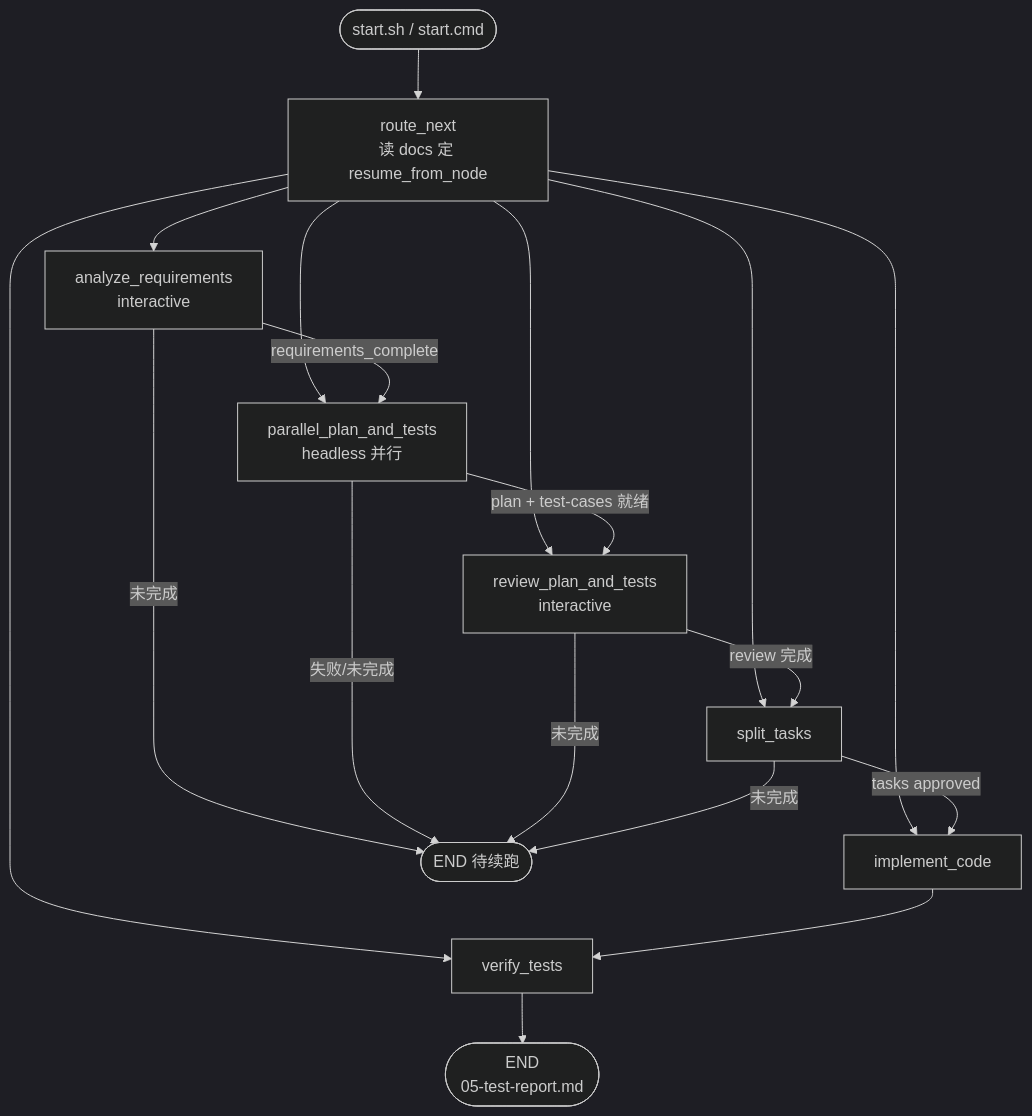
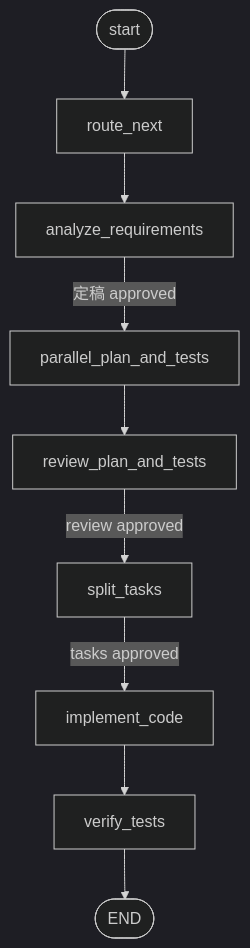
One commit to BeyondNothing/ai4se-sdd-loop-workflow changed the diagram in README.md. Above: the diagram before and after it, drawn with Mermaid (dark theme). The commit also changed other lines of this file and 27 other files, not shown here.

````diff
--- a/README.md
+++ b/README.md
@@ -210,25 +99,11 @@
 ```mermaid
 flowchart TD
-    START([start.sh / start.cmd]) --> ROUTE[route_next<br/>读 docs 定 resume_from_node]
-    ROUTE --> A[analyze_requirements<br/>interactive]
-    ROUTE --> P[parallel_plan_and_tests<br/>headless 并行]
-    ROUTE --> R[review_plan_and_tests<br/>interactive]
-    ROUTE --> T[split_tasks]
-    ROUTE --> I[implement_code]
-    ROUTE --> V[verify_tests]
-
-    A -->|requirements_complete| P
-    A -->|未完成| PAUSE([END 待续跑])
-
-    P -->|plan + test-cases 就绪| R
-    P -->|失败/未完成| PAUSE
-
-    R -->|review 完成| T
-    R -->|未完成| PAUSE
-
-    T -->|tasks approved| I
-    T -->|未完成| PAUSE
-
-    I --> V
-    V --> DONE([END<br/>05-test-report.md])
+    START([start]) --> ROUTE[route_next]
+    ROUTE --> A[analyze_requirements]
+    A -->|定稿 approved| P[parallel_plan_and_tests]
+    P --> R[review_plan_and_tests]
+    R -->|review approved| T[split_tasks]
+    T -->|tasks approved| I[implement_code]
+    I --> V[verify_tests]
+    V --> END([END])
 ```
````
